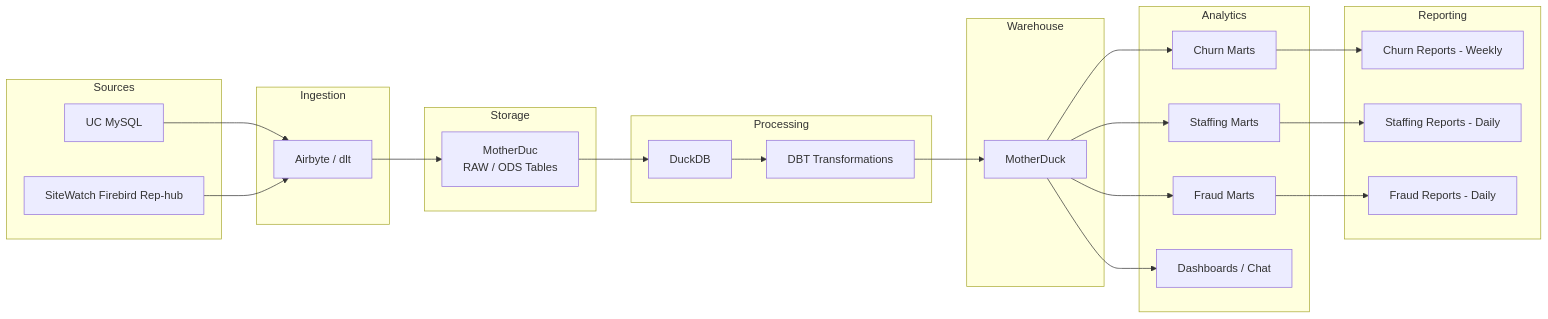
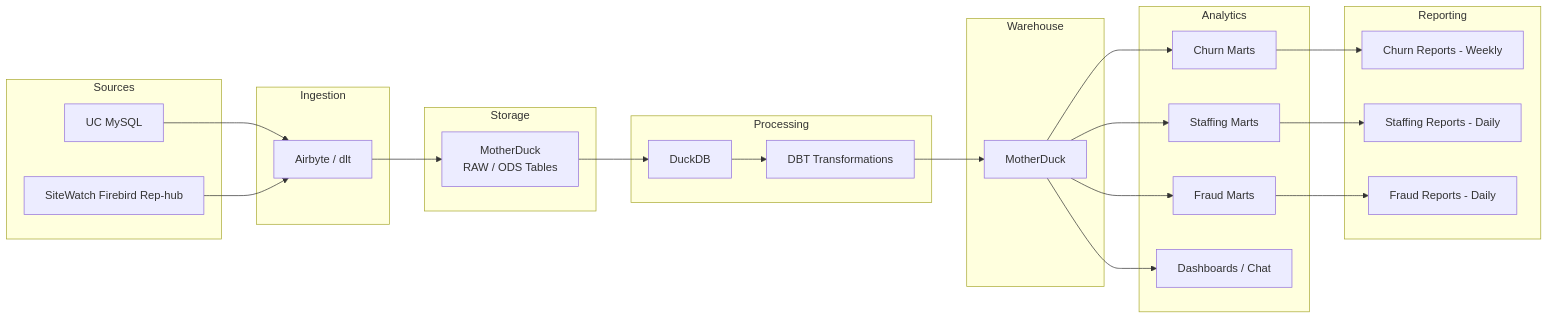
The diagram in Phase2(Flowchart).md (harihararaj-aifs/ChurnPrediction), drawn with Mermaid before and after one commit.

Commit message:
FlowChart update for the Phase 2

````diff
--- a/Phase2(Flowchart).md
+++ b/Phase2(Flowchart).md
@@ -17,52 +17,52 @@
 ```mermaid
 flowchart LR
 
 subgraph Sources
 A[UC MySQL]
 B[SiteWatch Firebird Rep-hub]
 end
 
 subgraph Ingestion
 C[Airbyte / dlt]
 end
 
 subgraph Storage
-D[MotherDuc<br>RAW / ODS Tables]
+D[MotherDuck<br>RAW / ODS Tables]
 end
 
 subgraph Processing
 E[DuckDB]
 F[DBT Transformations]
 end
 
 subgraph Warehouse
 G[MotherDuck]
 end
 
 subgraph Analytics
 H[Churn Marts]
 I[Staffing Marts]
 J[Fraud Marts]
 K[Dashboards / Chat]
 end
 
 subgraph Reporting
 L[Churn Reports - Weekly]
 M[Staffing Reports - Daily]
 N[Fraud Reports - Daily]
 end
 
 A --> C
 B --> C
 C --> D
 D --> E
 E --> F
 F --> G
 G --> H
 G --> I
 G --> J
 G --> K
 H --> L
 I --> M
 J --> N
 ```
````
